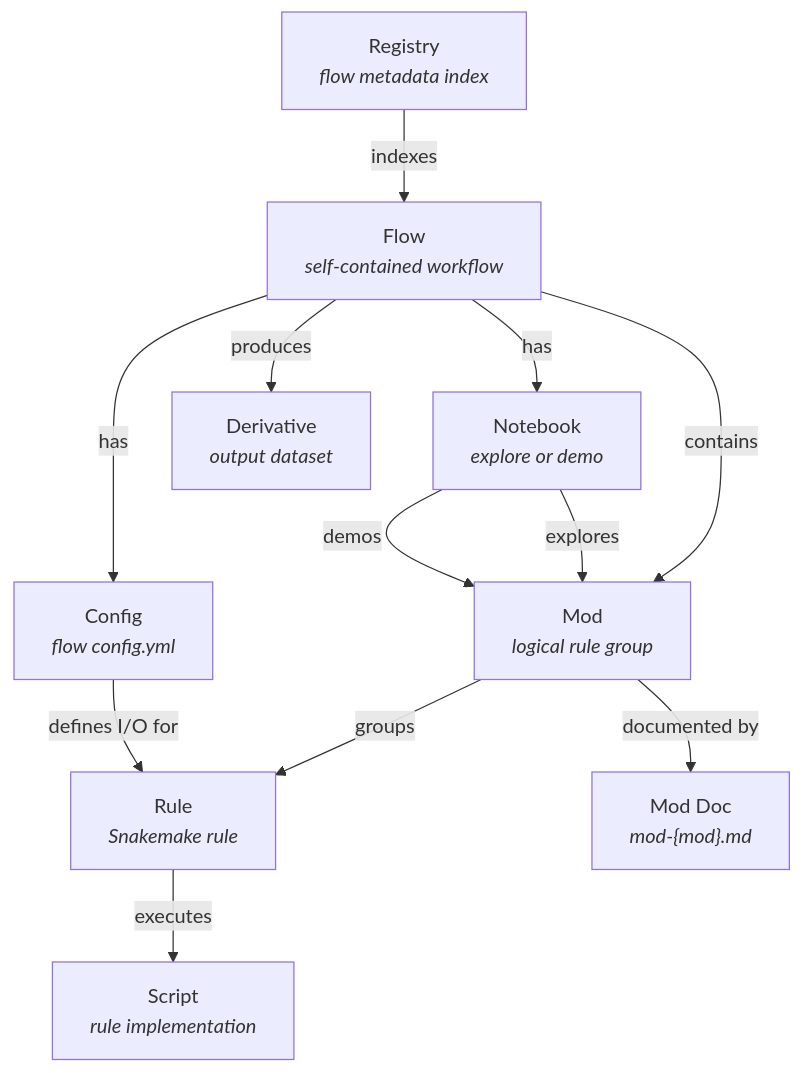
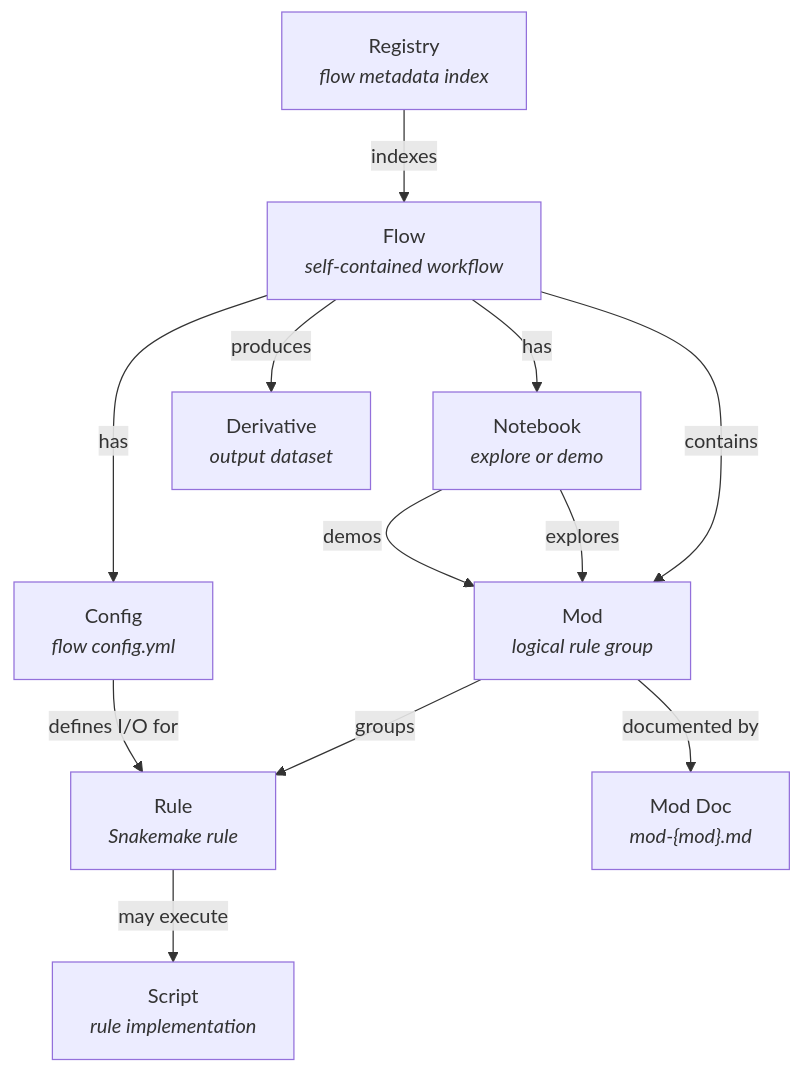
One commit to arashshahidi1997/projio changed the first of 3 diagrams in docs/specs/pipeio/ontology.md. Above: the diagram before and after it, drawn with Mermaid. The commit also changed other lines of this file, not shown here.

Commit message:
Ontology: rules can share scripts, may use shell/matlab instead of script

````diff
--- a/docs/specs/pipeio/ontology.md
+++ b/docs/specs/pipeio/ontology.md
@@ -94,24 +99,24 @@
 ```mermaid
 graph TD
     Flow["Flow<br/><i>self-contained workflow</i>"]
     Mod["Mod<br/><i>logical rule group</i>"]
     Rule["Rule<br/><i>Snakemake rule</i>"]
     Script["Script<br/><i>rule implementation</i>"]
     Notebook["Notebook<br/><i>explore or demo</i>"]
     Config["Config<br/><i>flow config.yml</i>"]
     Derivative["Derivative<br/><i>output dataset</i>"]
     Doc["Mod Doc<br/><i>mod-{mod}.md</i>"]
     Registry["Registry<br/><i>flow metadata index</i>"]
 
     Registry -->|indexes| Flow
     Flow -->|contains| Mod
     Flow -->|has| Config
     Flow -->|produces| Derivative
     Flow -->|has| Notebook
     Mod -->|groups| Rule
-    Rule -->|executes| Script
+    Rule -->|may execute| Script
     Mod -->|documented by| Doc
     Notebook -->|explores| Mod
     Notebook -->|demos| Mod
     Config -->|defines I/O for| Rule
 ```
````
